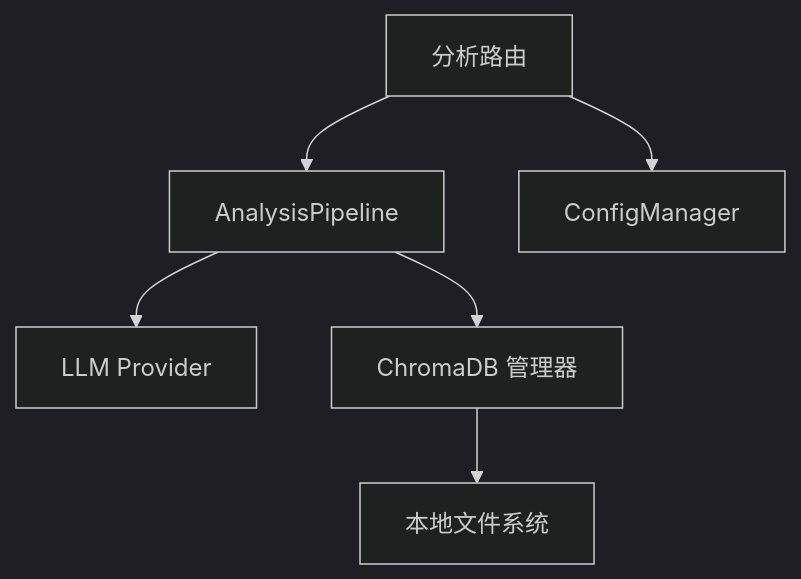
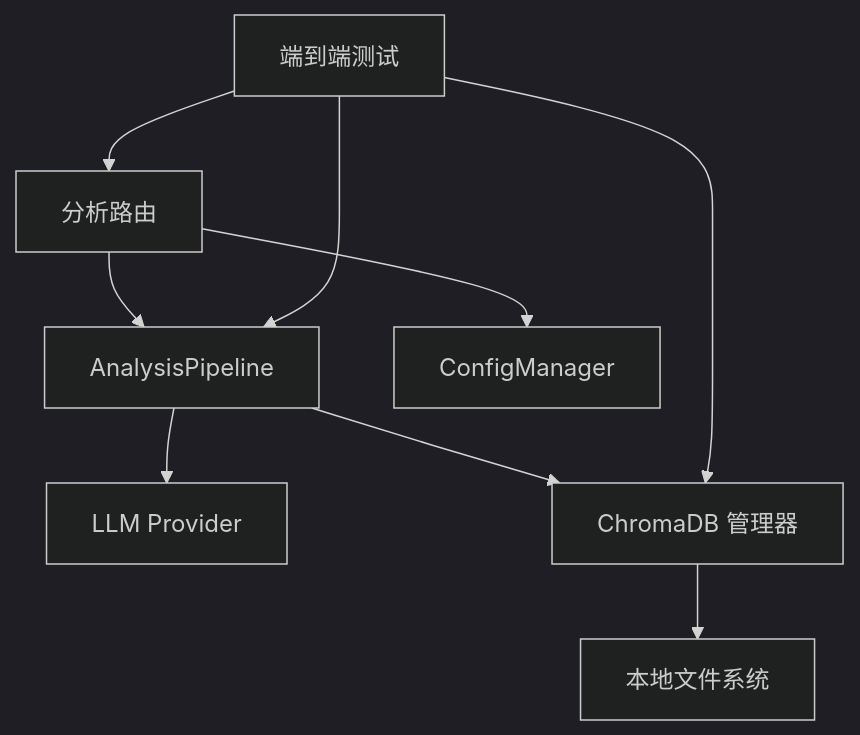
The seventh of 7 diagrams in .qoder/repowiki/zh/content/测试策略/集成测试.md (boyingliu01/fault-review-analyzer), drawn with Mermaid (dark theme) before and after one commit. The commit also changed other lines of this file and 125 other files, not shown here.

````diff
--- a/.qoder/repowiki/zh/content/测试策略/集成测试.md
+++ b/.qoder/repowiki/zh/content/测试策略/集成测试.md
@@ -388,8 +463,11 @@
 ```mermaid
 graph TB
 Router["分析路由"] --> Pipeline["AnalysisPipeline"]
 Pipeline --> LLM["LLM Provider"]
 Pipeline --> VDB["ChromaDB 管理器"]
 VDB --> FS["本地文件系统"]
 Router --> Config["ConfigManager"]
+E2E["端到端测试"] --> Router
+E2E --> Pipeline
+E2E --> VDB
 ```
````
